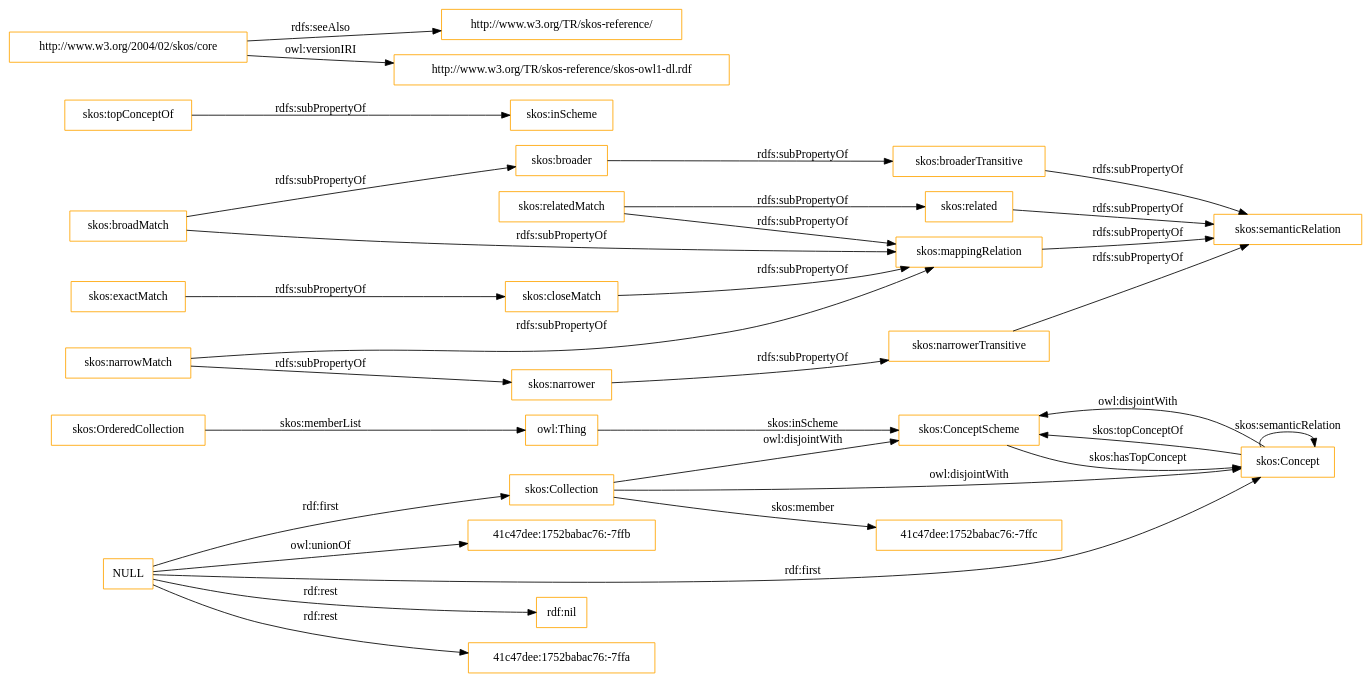
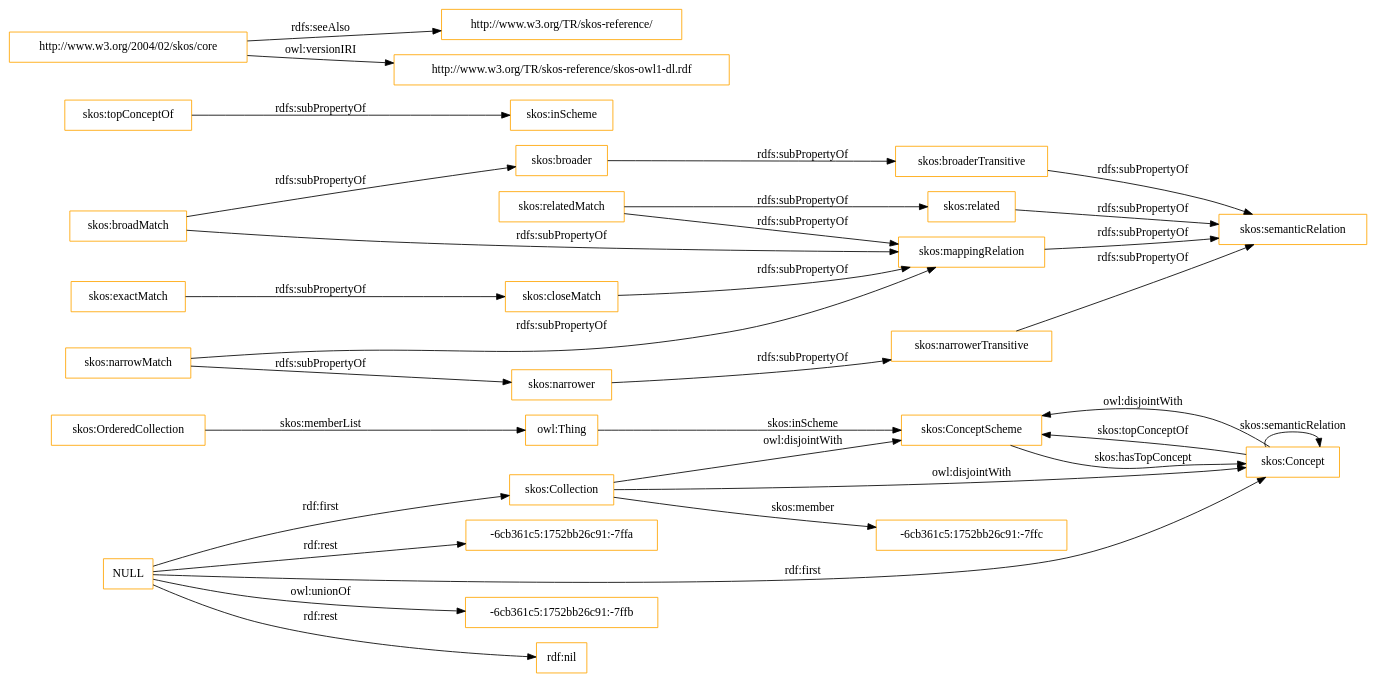
One commit to OnToologyUser/core-ontology-1 changed the diagram in OnToology/imports/skos.owl/diagrams/ar2dtool-class/skos.owl.png.dot. Above: the diagram before and after it, drawn with Graphviz. The commit also changed 14 other files, not shown here.

```diff
--- a/OnToology/imports/skos.owl/diagrams/ar2dtool-class/skos.owl.png.dot
+++ b/OnToology/imports/skos.owl/diagrams/ar2dtool-class/skos.owl.png.dot
@@ -1,37 +1,37 @@
 digraph ar2dtool_diagram { 
 rankdir=LR;
 size="1501"
-node [shape = rectangle, color="orange"]; "skos:OrderedCollection" "skos:ConceptScheme" "skos:Concept" "skos:Collection" "41c47dee:1752babac76:-7ffc" ; /*classes style*/
+node [shape = rectangle, color="orange"]; "skos:OrderedCollection" "skos:ConceptScheme" "skos:Concept" "skos:Collection" "-6cb361c5:1752bb26c91:-7ffc" ; /*classes style*/
 	"skos:narrowerTransitive" -> "skos:semanticRelation" [ label = "rdfs:subPropertyOf" ];
+	"NULL" -> "-6cb361c5:1752bb26c91:-7ffb" [ label = "owl:unionOf" ];
 	"NULL" -> "rdf:nil" [ label = "rdf:rest" ];
 	"NULL" -> "skos:Concept" [ label = "rdf:first" ];
-	"NULL" -> "41c47dee:1752babac76:-7ffa" [ label = "rdf:rest" ];
+	"NULL" -> "-6cb361c5:1752bb26c91:-7ffa" [ label = "rdf:rest" ];
 	"NULL" -> "skos:Collection" [ label = "rdf:first" ];
-	"NULL" -> "41c47dee:1752babac76:-7ffb" [ label = "owl:unionOf" ];
 	"skos:closeMatch" -> "skos:mappingRelation" [ label = "rdfs:subPropertyOf" ];
 	"skos:Concept" -> "skos:ConceptScheme" [ label = "owl:disjointWith" ];
 	"skos:relatedMatch" -> "skos:related" [ label = "rdfs:subPropertyOf" ];
 	"skos:relatedMatch" -> "skos:mappingRelation" [ label = "rdfs:subPropertyOf" ];
 	"skos:related" -> "skos:semanticRelation" [ label = "rdfs:subPropertyOf" ];
 	"skos:topConceptOf" -> "skos:inScheme" [ label = "rdfs:subPropertyOf" ];
 	"skos:broadMatch" -> "skos:mappingRelation" [ label = "rdfs:subPropertyOf" ];
 	"skos:broadMatch" -> "skos:broader" [ label = "rdfs:subPropertyOf" ];
 	"skos:exactMatch" -> "skos:closeMatch" [ label = "rdfs:subPropertyOf" ];
 	"skos:broaderTransitive" -> "skos:semanticRelation" [ label = "rdfs:subPropertyOf" ];
 	"skos:broader" -> "skos:broaderTransitive" [ label = "rdfs:subPropertyOf" ];
 	"skos:mappingRelation" -> "skos:semanticRelation" [ label = "rdfs:subPropertyOf" ];
 	"http://www.w3.org/2004/02/skos/core" -> "http://www.w3.org/TR/skos-reference/" [ label = "rdfs:seeAlso" ];
 	"http://www.w3.org/2004/02/skos/core" -> "http://www.w3.org/TR/skos-reference/skos-owl1-dl.rdf" [ label = "owl:versionIRI" ];
 	"skos:Collection" -> "skos:ConceptScheme" [ label = "owl:disjointWith" ];
 	"skos:Collection" -> "skos:Concept" [ label = "owl:disjointWith" ];
 	"skos:narrower" -> "skos:narrowerTransitive" [ label = "rdfs:subPropertyOf" ];
 	"skos:narrowMatch" -> "skos:narrower" [ label = "rdfs:subPropertyOf" ];
 	"skos:narrowMatch" -> "skos:mappingRelation" [ label = "rdfs:subPropertyOf" ];
 	"skos:OrderedCollection" -> "owl:Thing" [ label = "skos:memberList" ];
 	"skos:Concept" -> "skos:ConceptScheme" [ label = "skos:topConceptOf" ];
 	"skos:Concept" -> "skos:Concept" [ label = "skos:semanticRelation" ];
-	"skos:Collection" -> "41c47dee:1752babac76:-7ffc" [ label = "skos:member" ];
+	"skos:Collection" -> "-6cb361c5:1752bb26c91:-7ffc" [ label = "skos:member" ];
 	"skos:ConceptScheme" -> "skos:Concept" [ label = "skos:hasTopConcept" ];
 	"owl:Thing" -> "skos:ConceptScheme" [ label = "skos:inScheme" ];
 
 }
```
